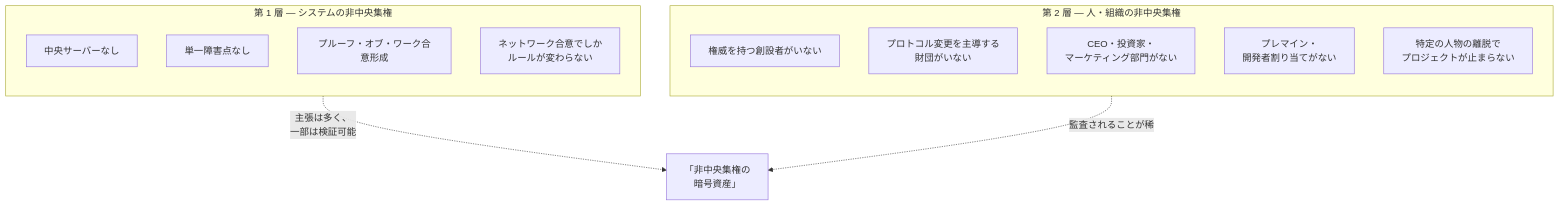
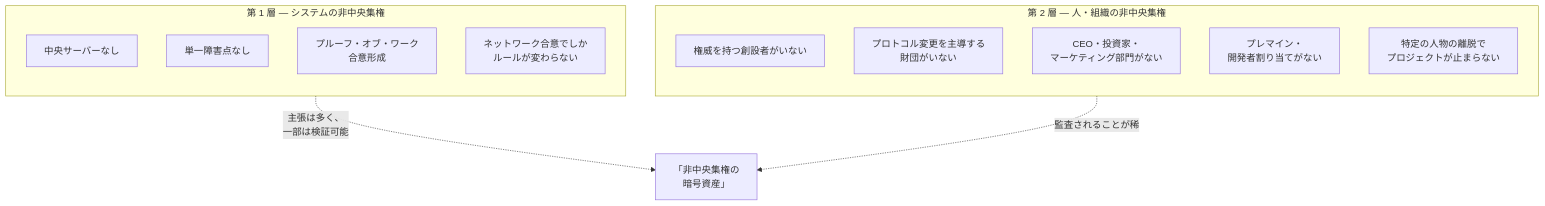
One commit to cypher256/BitcoinArchive changed the diagram in src/data/translations/ja/analysis/2008-10-31-bitcoin-digital-gold-structural-features.md. Above: the diagram before and after it, drawn with Mermaid. The commit also changed other lines of this file and 1 other file, not shown here.

````diff
--- a/src/data/translations/ja/analysis/2008-10-31-bitcoin-digital-gold-structural-features.md
+++ b/src/data/translations/ja/analysis/2008-10-31-bitcoin-digital-gold-structural-features.md
@@ -50,22 +50,22 @@
 ```mermaid
 flowchart TB
     subgraph SYSTEM["第 1 層 — システムの非中央集権"]
         direction TB
         S1["中央サーバーなし"]
         S2["単一障害点なし"]
-        S3["プルーフ・オブ・ワーク合意形成"]
+        S3["プルーフ・オブ・ワーク<br/>合意形成"]
         S4["ネットワーク合意でしか<br/>ルールが変わらない"]
     end
 
     subgraph PEOPLE["第 2 層 — 人・組織の非中央集権"]
         direction TB
         P1["権威を持つ創設者がいない"]
         P2["プロトコル変更を主導する<br/>財団がいない"]
         P3["CEO・投資家・<br/>マーケティング部門がない"]
         P4["プレマイン・<br/>開発者割り当てがない"]
         P5["特定の人物の離脱で<br/>プロジェクトが止まらない"]
     end
 
     SYSTEM -.->|"主張は多く、<br/>一部は検証可能"| CLAIM["「非中央集権の<br/>暗号資産」"]
     PEOPLE -.->|"監査されることが稀"| CLAIM
 ```
````
